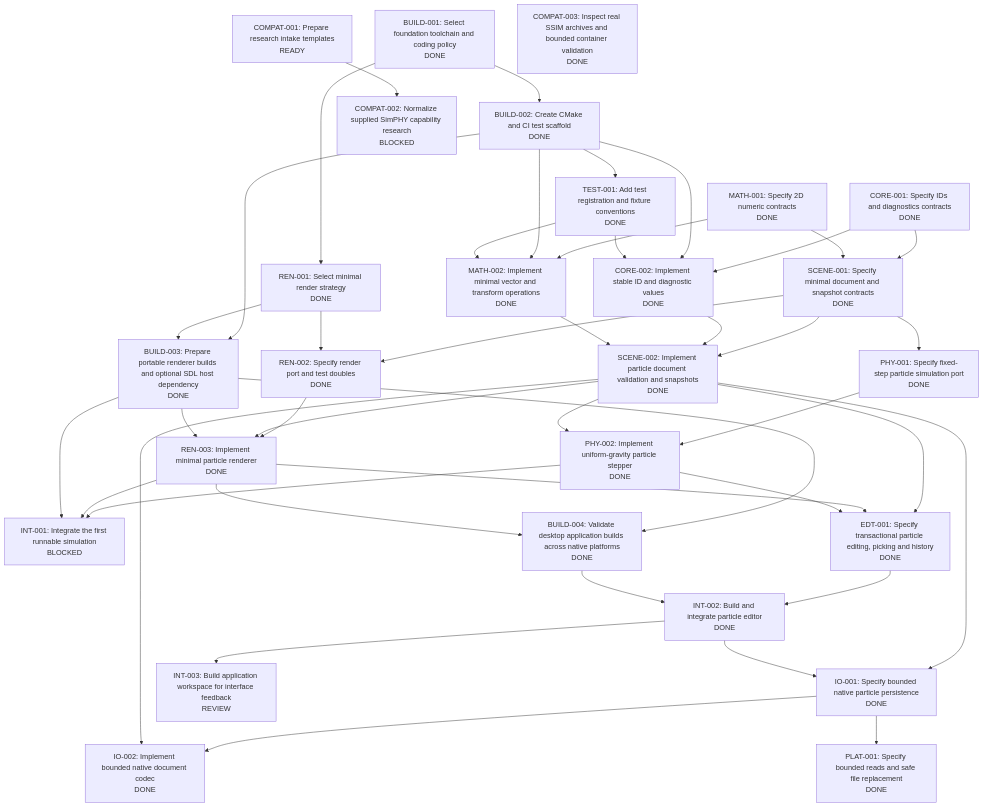
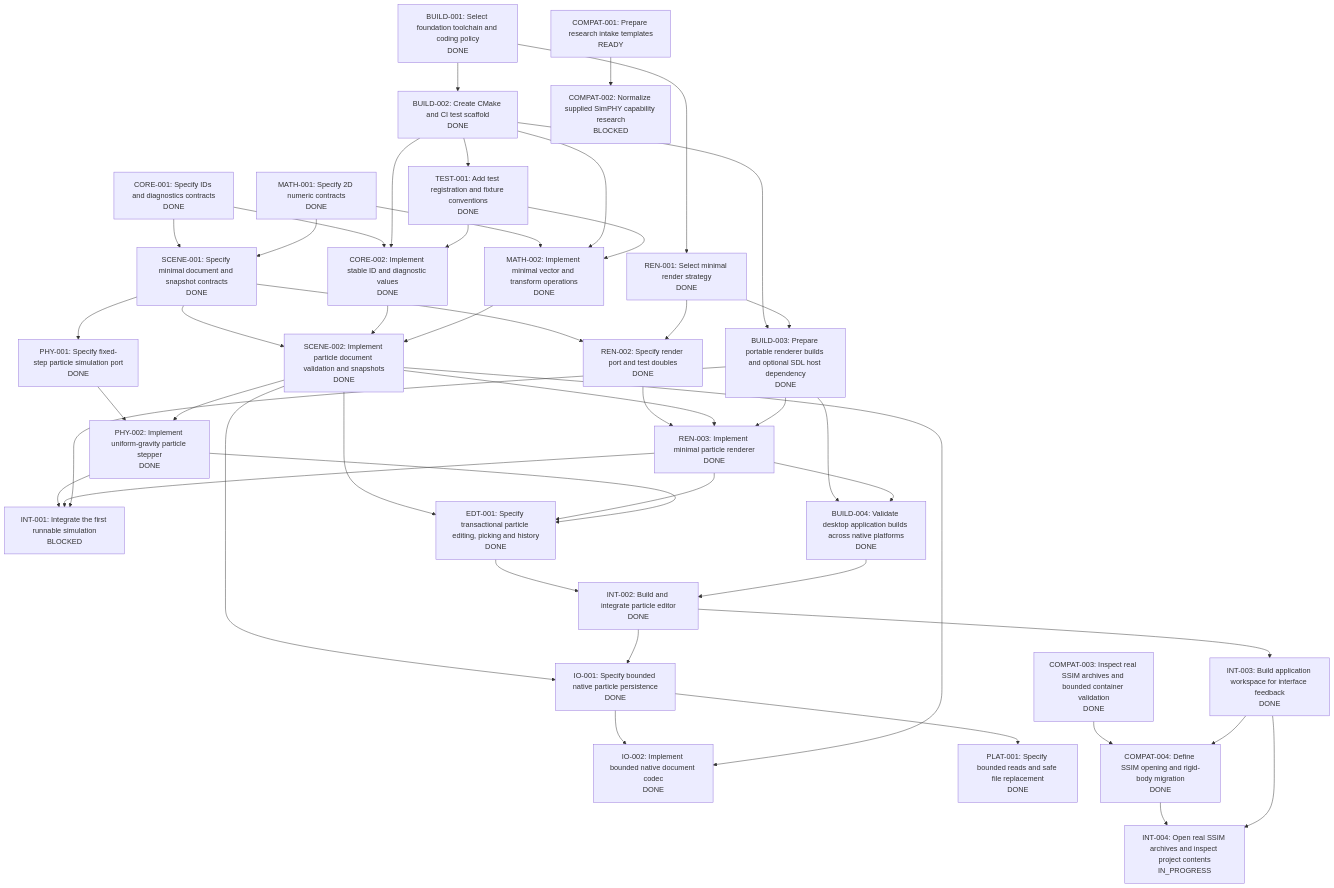
The diagram in tasks/graph.md (JnJarvis/open-simphy), drawn with Mermaid before and after one commit. The commit also changed other lines of this file and 6 other files, not shown here.

Commit message:
Record SSIM delivery direction and real archive opening evidence

````diff
--- a/tasks/graph.md
+++ b/tasks/graph.md
@@ -10,70 +9,76 @@
 ```mermaid
 flowchart TD
   BUILD_001["BUILD-001: Select foundation toolchain and coding policy<br/>DONE"]
   CORE_001["CORE-001: Specify IDs and diagnostics contracts<br/>DONE"]
   MATH_001["MATH-001: Specify 2D numeric contracts<br/>DONE"]
   REN_001["REN-001: Select minimal render strategy<br/>DONE"]
   COMPAT_001["COMPAT-001: Prepare research intake templates<br/>READY"]
   BUILD_002["BUILD-002: Create CMake and CI test scaffold<br/>DONE"]
   TEST_001["TEST-001: Add test registration and fixture conventions<br/>DONE"]
   CORE_002["CORE-002: Implement stable ID and diagnostic values<br/>DONE"]
   MATH_002["MATH-002: Implement minimal vector and transform operations<br/>DONE"]
   SCENE_001["SCENE-001: Specify minimal document and snapshot contracts<br/>DONE"]
   PHY_001["PHY-001: Specify fixed-step particle simulation port<br/>DONE"]
   REN_002["REN-002: Specify render port and test doubles<br/>DONE"]
   SCENE_002["SCENE-002: Implement particle document validation and snapshots<br/>DONE"]
   PHY_002["PHY-002: Implement uniform-gravity particle stepper<br/>DONE"]
   REN_003["REN-003: Implement minimal particle renderer<br/>DONE"]
   INT_001["INT-001: Integrate the first runnable simulation<br/>BLOCKED"]
   COMPAT_002["COMPAT-002: Normalize supplied SimPHY capability research<br/>BLOCKED"]
   BUILD_003["BUILD-003: Prepare portable renderer builds and optional SDL host dependency<br/>DONE"]
   BUILD_004["BUILD-004: Validate desktop application builds across native platforms<br/>DONE"]
   EDT_001["EDT-001: Specify transactional particle editing, picking and history<br/>DONE"]
   INT_002["INT-002: Build and integrate particle editor<br/>DONE"]
   IO_001["IO-001: Specify bounded native particle persistence<br/>DONE"]
   IO_002["IO-002: Implement bounded native document codec<br/>DONE"]
   PLAT_001["PLAT-001: Specify bounded reads and safe file replacement<br/>DONE"]
   COMPAT_003["COMPAT-003: Inspect real SSIM archives and bounded container validation<br/>DONE"]
-  INT_003["INT-003: Build application workspace for interface feedback<br/>REVIEW"]
+  INT_003["INT-003: Build application workspace for interface feedback<br/>DONE"]
+  COMPAT_004["COMPAT-004: Define SSIM opening and rigid-body migration<br/>DONE"]
+  INT_004["INT-004: Open real SSIM archives and inspect project contents<br/>IN_PROGRESS"]
   BUILD_001 --> REN_001
   BUILD_001 --> BUILD_002
   BUILD_002 --> TEST_001
   CORE_001 --> CORE_002
   BUILD_002 --> CORE_002
   TEST_001 --> CORE_002
   MATH_001 --> MATH_002
   BUILD_002 --> MATH_002
   TEST_001 --> MATH_002
   CORE_001 --> SCENE_001
   MATH_001 --> SCENE_001
   SCENE_001 --> PHY_001
   SCENE_001 --> REN_002
   REN_001 --> REN_002
   SCENE_001 --> SCENE_002
   CORE_002 --> SCENE_002
   MATH_002 --> SCENE_002
   PHY_001 --> PHY_002
   SCENE_002 --> PHY_002
   REN_002 --> REN_003
   SCENE_002 --> REN_003
   BUILD_003 --> REN_003
   PHY_002 --> INT_001
   REN_003 --> INT_001
   BUILD_003 --> INT_001
   COMPAT_001 --> COMPAT_002
   BUILD_002 --> BUILD_003
   REN_001 --> BUILD_003
   BUILD_003 --> BUILD_004
   REN_003 --> BUILD_004
   SCENE_002 --> EDT_001
   REN_003 --> EDT_001
   PHY_002 --> EDT_001
   EDT_001 --> INT_002
   BUILD_004 --> INT_002
   SCENE_002 --> IO_001
   INT_002 --> IO_001
   IO_001 --> IO_002
   SCENE_002 --> IO_002
   IO_001 --> PLAT_001
   INT_002 --> INT_003
+  COMPAT_003 --> COMPAT_004
+  INT_003 --> COMPAT_004
+  COMPAT_004 --> INT_004
+  INT_003 --> INT_004
 ```
````
